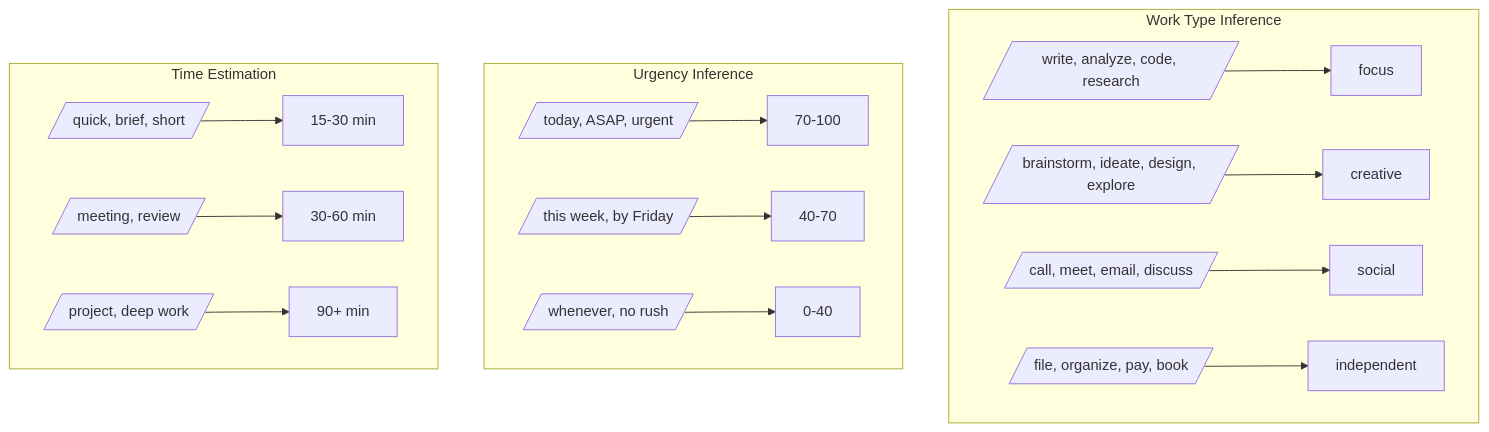
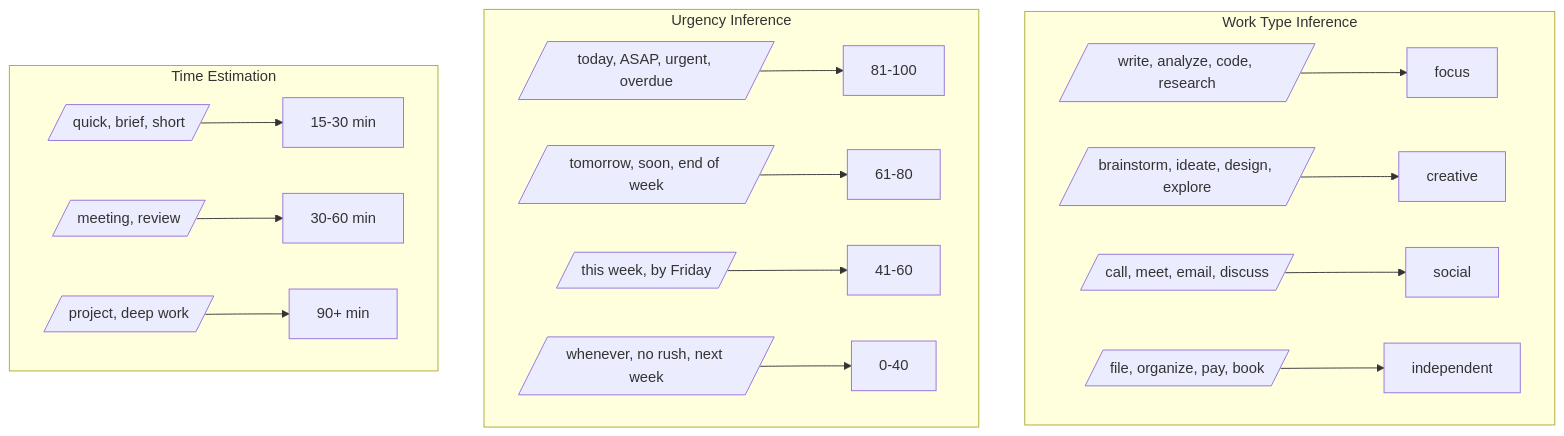
One commit to NickBorgersProbably/hide-my-list changed the fourth of 29 diagrams in docs/task-lifecycle.md. Above: the diagram before and after it, drawn with Mermaid. The commit also changed other lines of this file and 7 other files, not shown here.

````diff
--- a/docs/task-lifecycle.md
+++ b/docs/task-lifecycle.md
@@ -136,21 +136,22 @@
 ```mermaid
 flowchart TD
     subgraph WorkType["Work Type Inference"]
         W1[/"write, analyze, code, research"/] --> Focus[focus]
         W2[/"brainstorm, ideate, design, explore"/] --> Creative[creative]
         W3[/"call, meet, email, discuss"/] --> Social[social]
         W4[/"file, organize, pay, book"/] --> Independent[independent]
     end
 
     subgraph UrgencyRules["Urgency Inference"]
-        U1[/"today, ASAP, urgent"/] --> High[70-100]
-        U2[/"this week, by Friday"/] --> Medium[40-70]
-        U3[/"whenever, no rush"/] --> Low[0-40]
+        U1[/"today, ASAP, urgent, overdue"/] --> High[81-100]
+        U2[/"tomorrow, soon, end of week"/] --> MedHigh[61-80]
+        U3[/"this week, by Friday"/] --> Medium[41-60]
+        U4[/"whenever, no rush, next week"/] --> Low[0-40]
     end
 
     subgraph TimeRules["Time Estimation"]
         T1[/"quick, brief, short"/] --> Quick[15-30 min]
         T2[/"meeting, review"/] --> Med[30-60 min]
         T3[/"project, deep work"/] --> Long[90+ min]
     end
 ```
````
